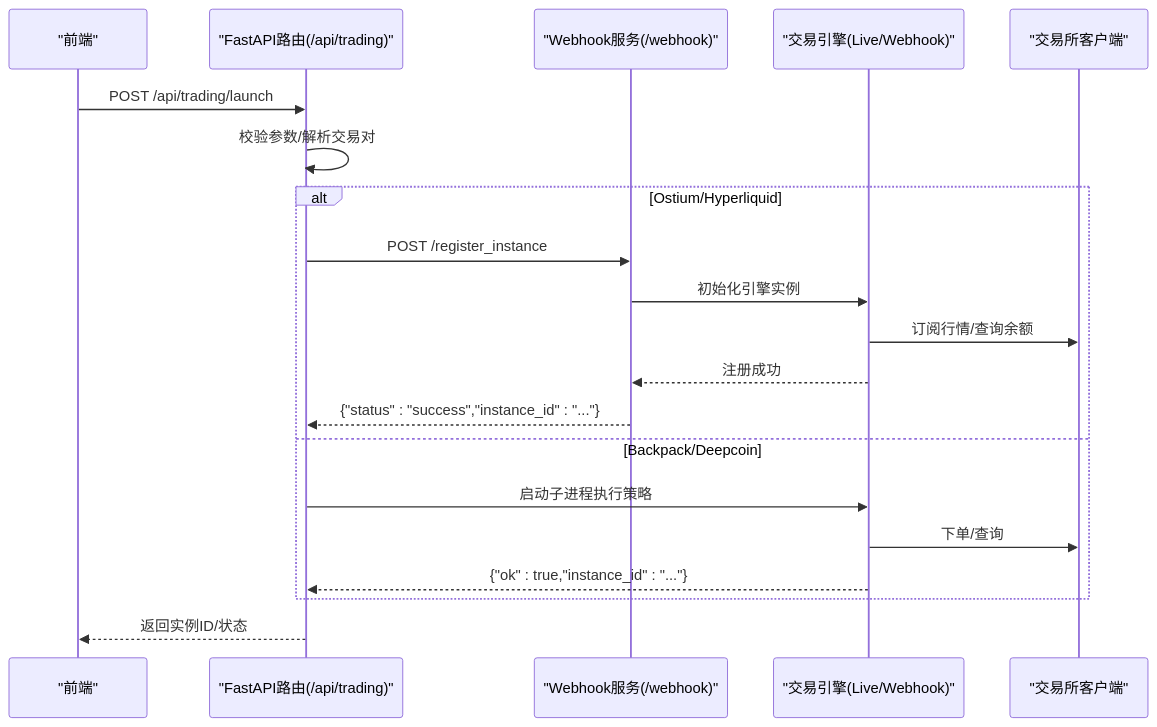
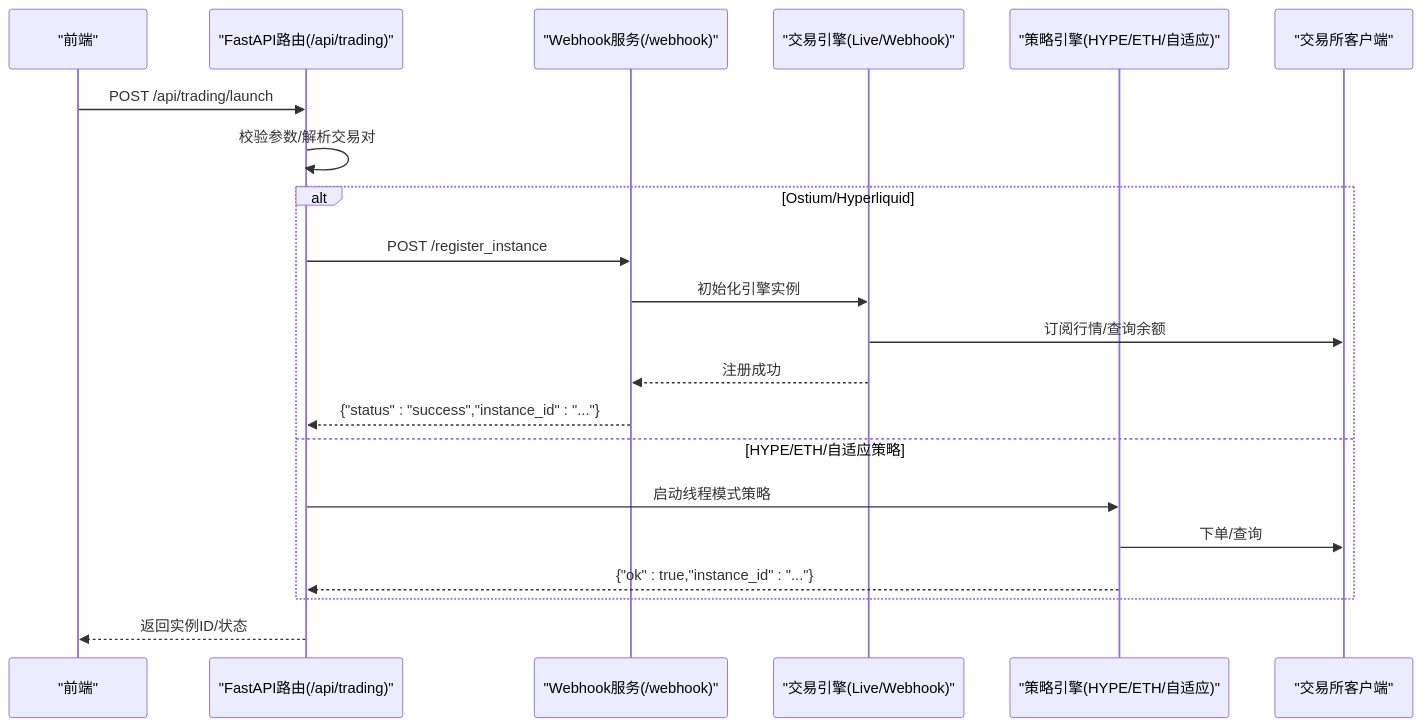
One commit to zyf266/ending changed the second of 4 diagrams in .qoder/repowiki/zh/content/API接口文档/实盘交易API.md. Above: the diagram before and after it, drawn with Mermaid. The commit also changed other lines of this file and 63 other files, not shown here.

````diff
--- a/.qoder/repowiki/zh/content/API接口文档/实盘交易API.md
+++ b/.qoder/repowiki/zh/content/API接口文档/实盘交易API.md
@@ -90,22 +108,23 @@
 ```mermaid
 sequenceDiagram
 participant FE as "前端"
 participant API as "FastAPI路由(/api/trading)"
 participant WH as "Webhook服务(/webhook)"
 participant ENG as "交易引擎(Live/Webhook)"
+participant STR as "策略引擎(HYPE/ETH/自适应)"
 participant EX as "交易所客户端"
 FE->>API : POST /api/trading/launch
 API->>API : 校验参数/解析交易对
 alt Ostium/Hyperliquid
 API->>WH : POST /register_instance
 WH->>ENG : 初始化引擎实例
 ENG->>EX : 订阅行情/查询余额
 ENG-->>WH : 注册成功
 WH-->>API : {"status" : "success","instance_id" : "..."}
-else Backpack/Deepcoin
-API->>ENG : 启动子进程执行策略
-ENG->>EX : 下单/查询
-ENG-->>API : {"ok" : true,"instance_id" : "..."}
+else HYPE/ETH/自适应策略
+API->>STR : 启动线程模式策略
+STR->>EX : 下单/查询
+STR-->>API : {"ok" : true,"instance_id" : "..."}
 end
 API-->>FE : 返回实例ID/状态
 ```
````
